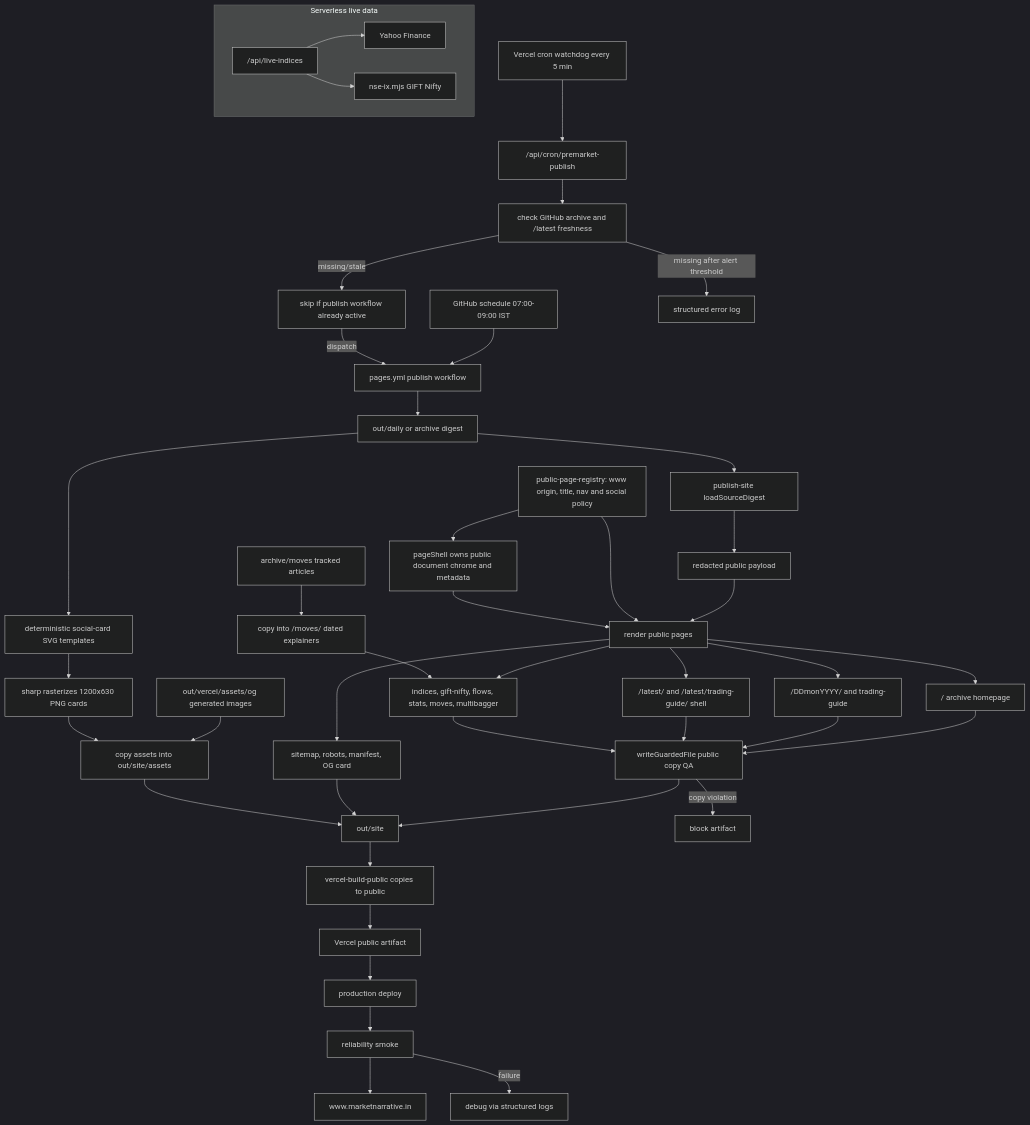
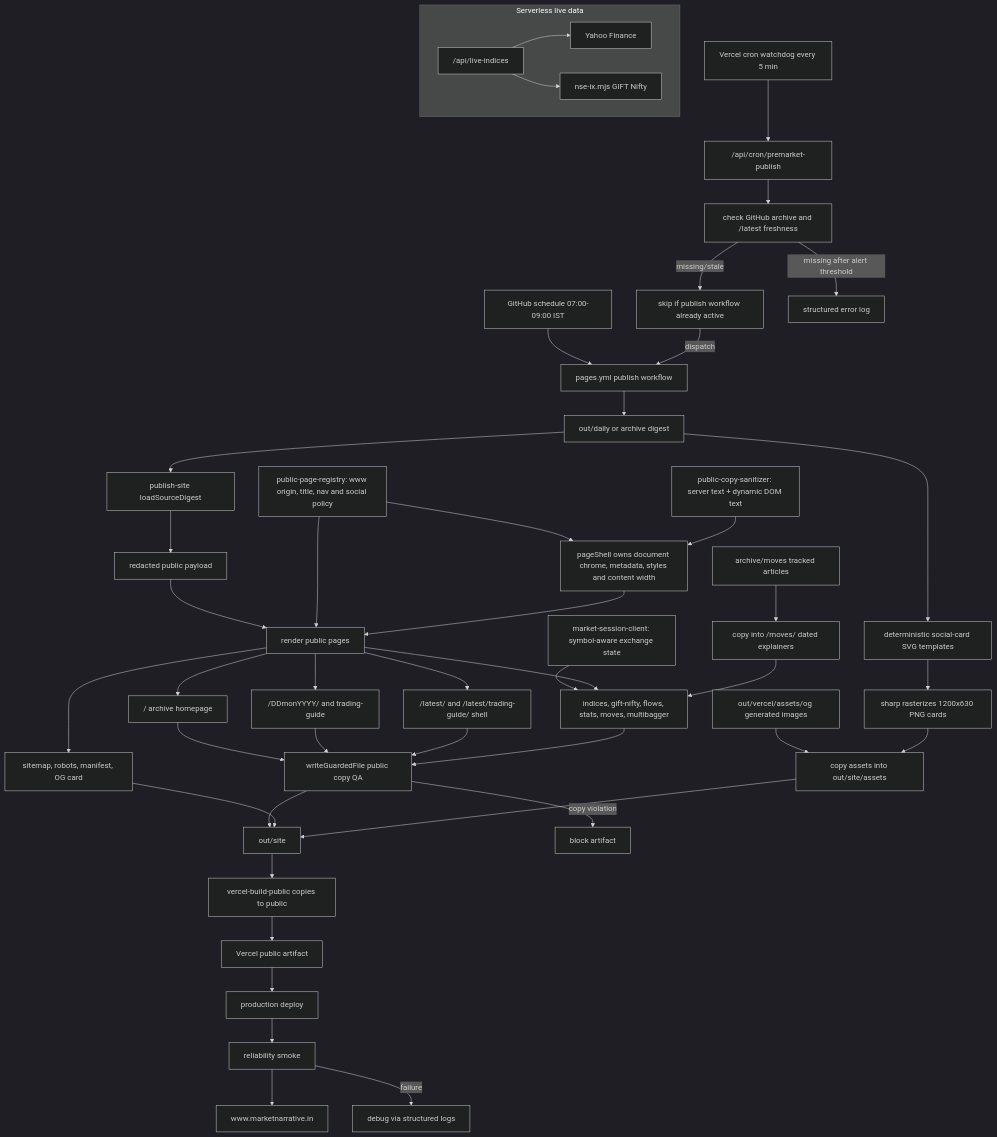
The diagram in context/architecture-diagrams/04-static-publish-deploy.mmd (Abheydeep/marketNews), drawn with Mermaid (dark theme) before and after one commit. The commit also changed 25 other files, not shown here.

```diff
--- a/context/architecture-diagrams/04-static-publish-deploy.mmd
+++ b/context/architecture-diagrams/04-static-publish-deploy.mmd
@@ -1,48 +1,50 @@
 flowchart TD
   GitHubSchedule["GitHub schedule 07:00-09:00 IST"] --> PagesWorkflow["pages.yml publish workflow"]
   VercelCron["Vercel cron watchdog every 5 min"] --> CronApi["/api/cron/premarket-publish"]
   CronApi --> ArchiveCheck["check GitHub archive and /latest freshness"]
   ArchiveCheck -->|missing/stale| ActiveRunCheck["skip if publish workflow already active"]
   ActiveRunCheck -->|dispatch| PagesWorkflow
   ArchiveCheck -->|missing after alert threshold| HardAlert["structured error log"]
   PagesWorkflow --> Digest
 
   Digest["out/daily or archive digest"] --> Load["publish-site loadSourceDigest"]
-  Registry["public-page-registry: www origin, title, nav and social policy"] --> SharedShell["pageShell owns public document chrome and metadata"]
+  Registry["public-page-registry: www origin, title, nav and social policy"] --> SharedShell["pageShell owns document chrome, metadata, styles and content width"]
   RuntimeAssets["out/vercel/assets/og generated images"] --> AssetCopy["copy assets into out/site/assets"]
   Digest --> SocialCards["deterministic social-card SVG templates"]
   SocialCards --> Sharp["sharp rasterizes 1200x630 PNG cards"]
   Sharp --> AssetCopy
   Load --> Redact["redacted public payload"]
   Redact --> Pages["render public pages"]
   Registry --> Pages
   SharedShell --> Pages
+  PublicCopy["public-copy-sanitizer: server text + dynamic DOM text"] --> SharedShell
+  SessionState["market-session-client: symbol-aware exchange state"] --> Hubs
   Pages --> Home["/ archive homepage"]
   Pages --> Dated["/DDmonYYYY/ and trading-guide"]
   Pages --> Latest["/latest/ and /latest/trading-guide/ shell"]
   Pages --> Hubs["indices, gift-nifty, flows, stats, moves, multibagger"]
   Pages --> SEO["sitemap, robots, manifest, OG card"]
   MovesArchive["archive/moves tracked articles"] --> MovesCopy["copy into /moves/ dated explainers"]
   MovesCopy --> Hubs
 
   subgraph LiveAPI["Serverless live data"]
     LiveIndices["/api/live-indices"]
     LiveIndices --> YahooLive["Yahoo Finance"]
     LiveIndices --> NseIxLive["nse-ix.mjs GIFT Nifty"]
   end
 
   Home --> Guard["writeGuardedFile public copy QA"]
   Dated --> Guard
   Latest --> Guard
   Hubs --> Guard
   Guard --> OutSite["out/site"]
   SEO --> OutSite
   AssetCopy --> OutSite
   OutSite --> VercelBuild["vercel-build-public copies to public"]
   VercelBuild --> Artifact["Vercel public artifact"]
   Artifact --> Deploy["production deploy"]
   Deploy --> Smoke["reliability smoke"]
   Smoke --> Live["www.marketnarrative.in"]
 
   Guard -->|copy violation| Block["block artifact"]
   Smoke -->|failure| Incident["debug via structured logs"]
```
